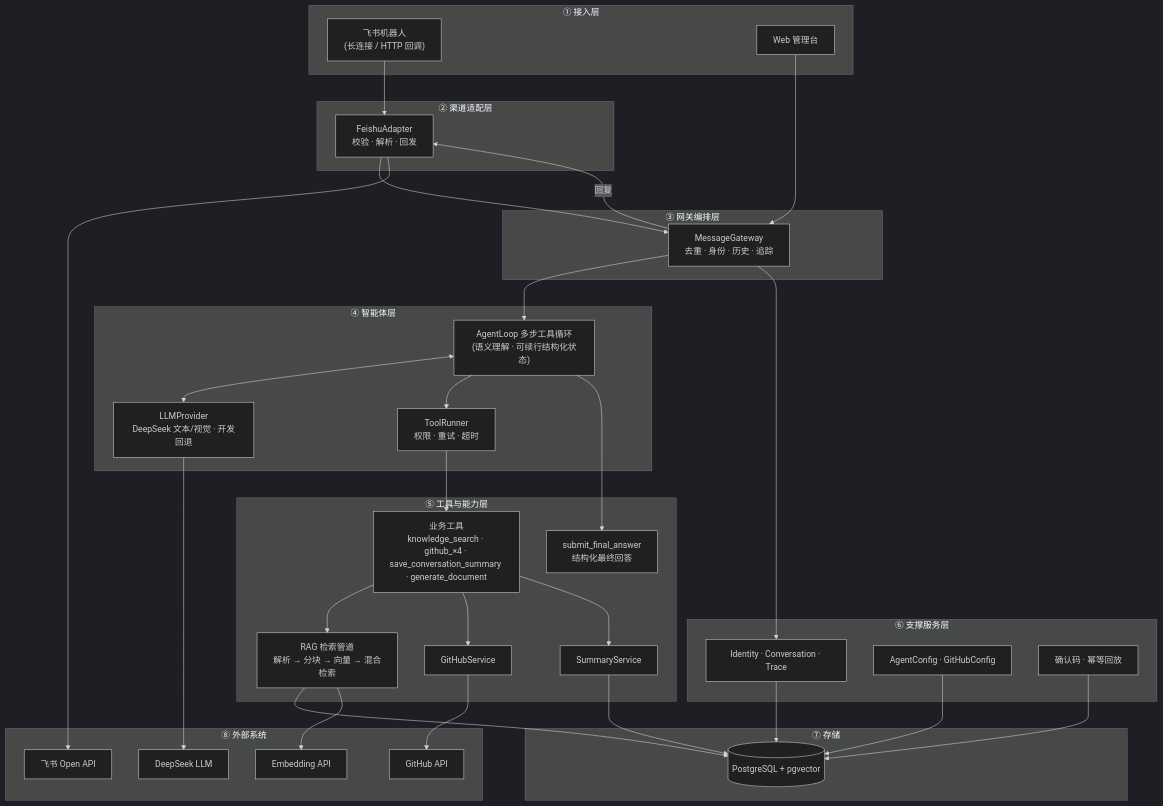
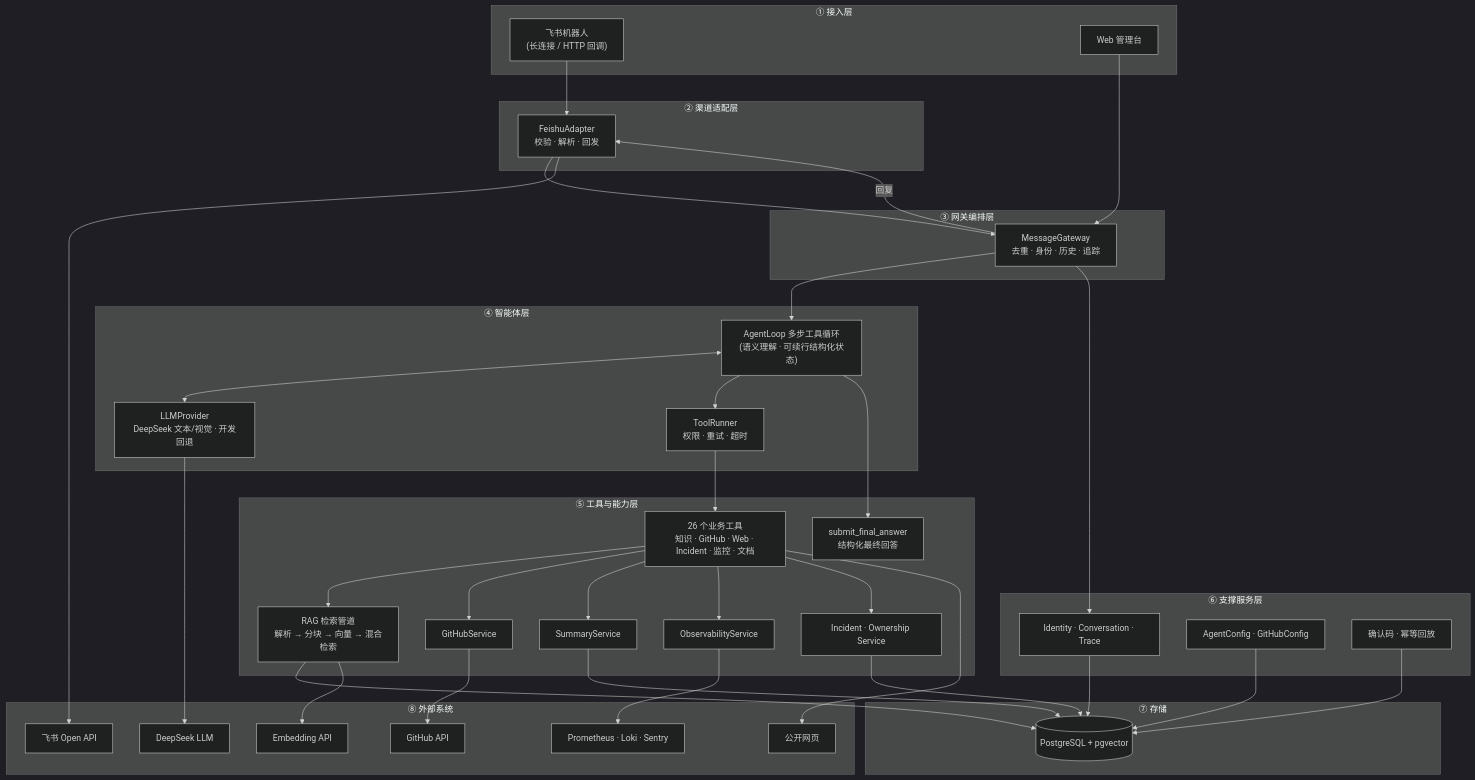
One commit to Lyz-code00/FlowAgent changed the first of 2 diagrams in docs/architecture.md. Above: the diagram before and after it, drawn with Mermaid (dark theme). The commit also changed other lines of this file and 39 other files, not shown here.

````diff
--- a/docs/architecture.md
+++ b/docs/architecture.md
@@ -7,63 +7,70 @@
 ```mermaid
 flowchart TB
     subgraph 接入层["① 接入层"]
         FEISHU["飞书机器人<br/>(长连接 / HTTP 回调)"]
         WEB["Web 管理台"]
     end
 
     subgraph 渠道层["② 渠道适配层"]
         ADAPTER["FeishuAdapter<br/>校验 · 解析 · 回发"]
     end
 
     subgraph 编排层["③ 网关编排层"]
         GW["MessageGateway<br/>去重 · 身份 · 历史 · 追踪"]
     end
 
     subgraph 智能体层["④ 智能体层"]
         LOOP["AgentLoop 多步工具循环<br/>(语义理解 · 可续行结构化状态)"]
         PROV["LLMProvider<br/>DeepSeek 文本/视觉 · 开发回退"]
         RUNNER["ToolRunner<br/>权限 · 重试 · 超时"]
     end
 
     subgraph 能力层["⑤ 工具与能力层"]
-        TOOLS["业务工具<br/>knowledge_search · github_×4 · save_conversation_summary · generate_document"]
+        TOOLS["26 个业务工具<br/>知识 · GitHub · Web · Incident · 监控 · 文档"]
         FINAL["submit_final_answer<br/>结构化最终回答"]
         RAG["RAG 检索管道<br/>解析 → 分块 → 向量 → 混合检索"]
         GHS["GitHubService"]
         SUMS["SummaryService"]
+        OBS["ObservabilityService"]
+        INC["Incident · Ownership Service"]
     end
 
     subgraph 支撑层["⑥ 支撑服务层"]
         IDENT["Identity · Conversation · Trace"]
         CFG["AgentConfig · GitHubConfig"]
         SAFE["确认码 · 幂等回放"]
     end
 
     subgraph 存储["⑦ 存储"]
         DB[("PostgreSQL + pgvector")]
     end
 
     subgraph 外部["⑧ 外部系统"]
         LLM["DeepSeek LLM"]
         EMB["Embedding API"]
         GH["GitHub API"]
         FO["飞书 Open API"]
+        MON["Prometheus · Loki · Sentry"]
+        WWW["公开网页"]
     end
 
     FEISHU --> ADAPTER --> GW
     WEB --> GW
     GW --> LOOP
     LOOP <--> PROV --> LLM
     LOOP --> RUNNER --> TOOLS
     TOOLS --> RAG
     TOOLS --> GHS --> GH
     TOOLS --> SUMS
+    TOOLS --> OBS --> MON
+    TOOLS --> INC --> DB
+    TOOLS --> WWW
     LOOP --> FINAL
     GW -->|"回复"| ADAPTER --> FO
     GW --> IDENT --> DB
     CFG --> DB
     SAFE --> DB
     RAG --> DB
     SUMS --> DB
     RAG --> EMB
 ```
````
